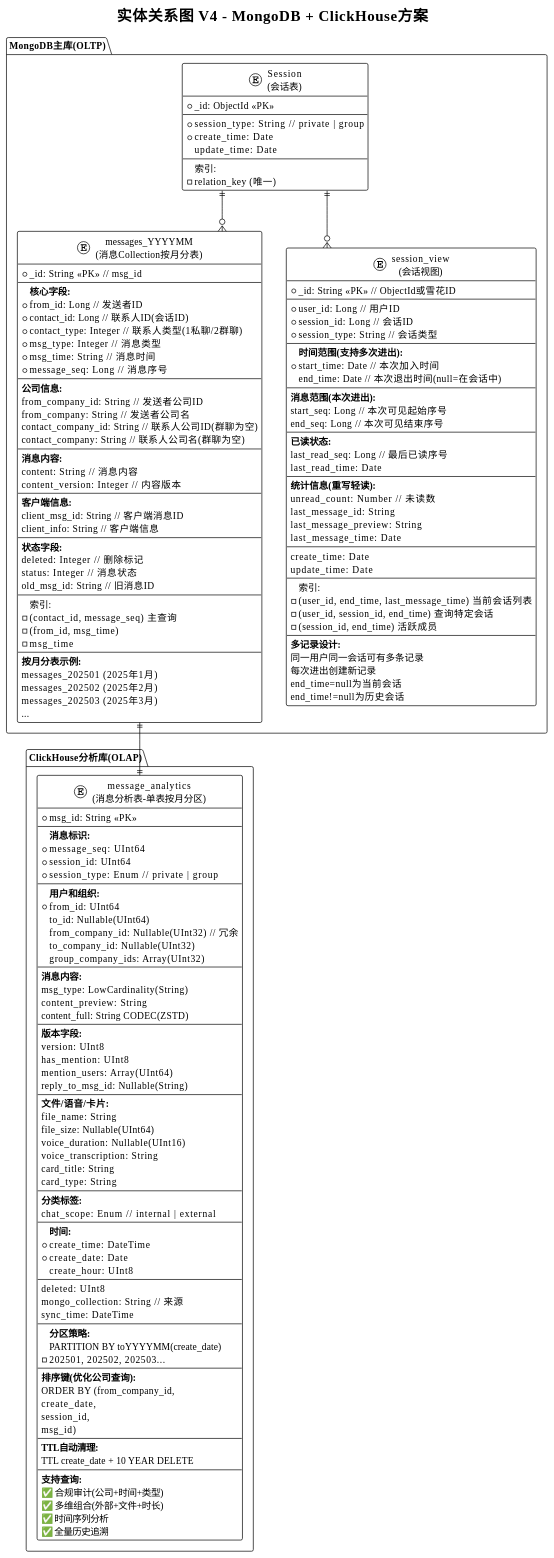
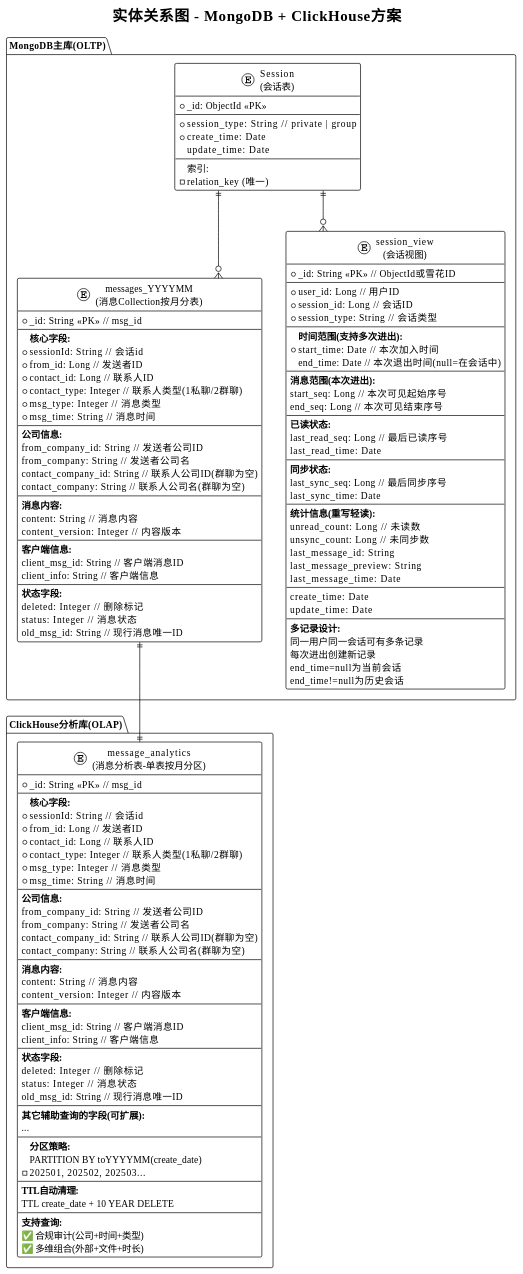
Before and after one commit to bluemacaw-zhou/note: the diagram in im/entity-relationship.md, drawn with PlantUML.

````diff
--- a/im/entity-relationship.md
+++ b/im/entity-relationship.md
@@ -1,9 +1,8 @@
-```plantuml
 @startuml 实体关系图V4-MongoDB方案
 !theme plain
 skinparam linetype ortho
 
-title 实体关系图 V4 - MongoDB + ClickHouse方案
+title 实体关系图 - MongoDB + ClickHouse方案
 
 ' ============ MongoDB实体 ============
 
@@ -24,12 +23,12 @@
     * _id: String <<PK>> // msg_id
     --
     <b>核心字段:</b>
+    * sessionId: String // 会话id
     * from_id: Long // 发送者ID
-    * contact_id: Long // 联系人ID(会话ID)
+    * contact_id: Long // 联系人ID
     * contact_type: Integer // 联系人类型(1私聊/2群聊)
     * msg_type: Integer // 消息类型
     * msg_time: String // 消息时间
-    * message_seq: Long // 消息序号
     --
     <b>公司信息:</b>
     from_company_id: String // 发送者公司ID
@@ -48,18 +47,7 @@
     <b>状态字段:</b>
     deleted: Integer // 删除标记
     status: Integer // 消息状态
-    old_msg_id: String // 旧消息ID
-    ---
-    索引:
-    - (contact_id, message_seq) 主查询
-    - (from_id, msg_time)
-    - msg_time
-    ---
-    <b>按月分表示例:</b>
-    messages_202501 (2025年1月)
-    messages_202502 (2025年2月)
-    messages_202503 (2025年3月)
-    ...
+    old_msg_id: String // 现行消息唯一ID
   }
 
   entity "session_view\n(会话视图)" as SessionView {
@@ -81,19 +69,19 @@
     last_read_seq: Long // 最后已读序号
     last_read_time: Date
     --
+     <b>同步状态:</b>
+    last_sync_seq: Long // 最后同步序号
+    last_sync_time: Date
+    --
     <b>统计信息(重写轻读):</b>
-    unread_count: Number // 未读数
+    unread_count: Long // 未读数
+    unsync_count: Long // 未同步数
     last_message_id: String
     last_message_preview: String
     last_message_time: Date
     --
     create_time: Date
     update_time: Date
-    ---
-    索引:
-    - (user_id, end_time, last_message_time) 当前会话列表
-    - (user_id, session_id, end_time) 查询特定会话
-    - (session_id, end_time) 活跃成员
     ---
     <b>多记录设计:</b>
     同一用户同一会话可有多条记录
@@ -109,60 +97,41 @@
 package "ClickHouse分析库(OLAP)" {
 
   entity "message_analytics\n(消息分析表-单表按月分区)" as Analytics {
-    * msg_id: String <<PK>>
+    * _id: String <<PK>> // msg_id
     --
-    <b>消息标识:</b>
-    * message_seq: UInt64
-    * session_id: UInt64
-    * session_type: Enum // private | group
+    <b>核心字段:</b>
+    * sessionId: String // 会话id
+    * from_id: Long // 发送者ID
+    * contact_id: Long // 联系人ID
+    * contact_type: Integer // 联系人类型(1私聊/2群聊)
+    * msg_type: Integer // 消息类型
+    * msg_time: String // 消息时间
     --
-    <b>用户和组织:</b>
-    * from_id: UInt64
-    to_id: Nullable(UInt64)
-    from_company_id: Nullable(UInt32) // 冗余
-    to_company_id: Nullable(UInt32)
-    group_company_ids: Array(UInt32)
+    <b>公司信息:</b>
+    from_company_id: String // 发送者公司ID
+    from_company: String // 发送者公司名
+    contact_company_id: String // 联系人公司ID(群聊为空)
+    contact_company: String // 联系人公司名(群聊为空)
     --
     <b>消息内容:</b>
-    msg_type: LowCardinality(String)
-    content_preview: String
-    content_full: String CODEC(ZSTD)
+    content: String // 消息内容
+    content_version: Integer // 内容版本
     --
-    <b>版本字段:</b>
-    version: UInt8
-    has_mention: UInt8
-    mention_users: Array(UInt64)
-    reply_to_msg_id: Nullable(String)
+    <b>客户端信息:</b>
+    client_msg_id: String // 客户端消息ID
+    client_info: String // 客户端信息
     --
-    <b>文件/语音/卡片:</b>
-    file_name: String
-    file_size: Nullable(UInt64)
-    voice_duration: Nullable(UInt16)
-    voice_transcription: String
-    card_title: String
-    card_type: String
-    --
-    <b>分类标签:</b>
-    chat_scope: Enum // internal | external
-    --
-    <b>时间:</b>
-    * create_time: DateTime
-    * create_date: Date
-    create_hour: UInt8
-    --
-    deleted: UInt8
-    mongo_collection: String // 来源
-    sync_time: DateTime
+    <b>状态字段:</b>
+    deleted: Integer // 删除标记
+    status: Integer // 消息状态
+    old_msg_id: String // 现行消息唯一ID
+    ---
+    <b>其它辅助查询的字段(可扩展):</b>
+    ...
     ---
     <b>分区策略:</b>
     PARTITION BY toYYYYMM(create_date)
     - 202501, 202502, 202503...
-    ---
-    <b>排序键(优化公司查询):</b>
-    ORDER BY (from_company_id,
-              create_date,
-              session_id,
-              msg_id)
     ---
     <b>TTL自动清理:</b>
     TTL create_date + 10 YEAR DELETE
@@ -170,8 +139,6 @@
     <b>支持查询:</b>
     ✅ 合规审计(公司+时间+类型)
     ✅ 多维组合(外部+文件+时长)
-    ✅ 时间序列分析
-    ✅ 全量历史追溯
   }
 
 }
@@ -185,5 +152,3 @@
 Message ||--|| Analytics 
 
 @enduml
-
-```
````
